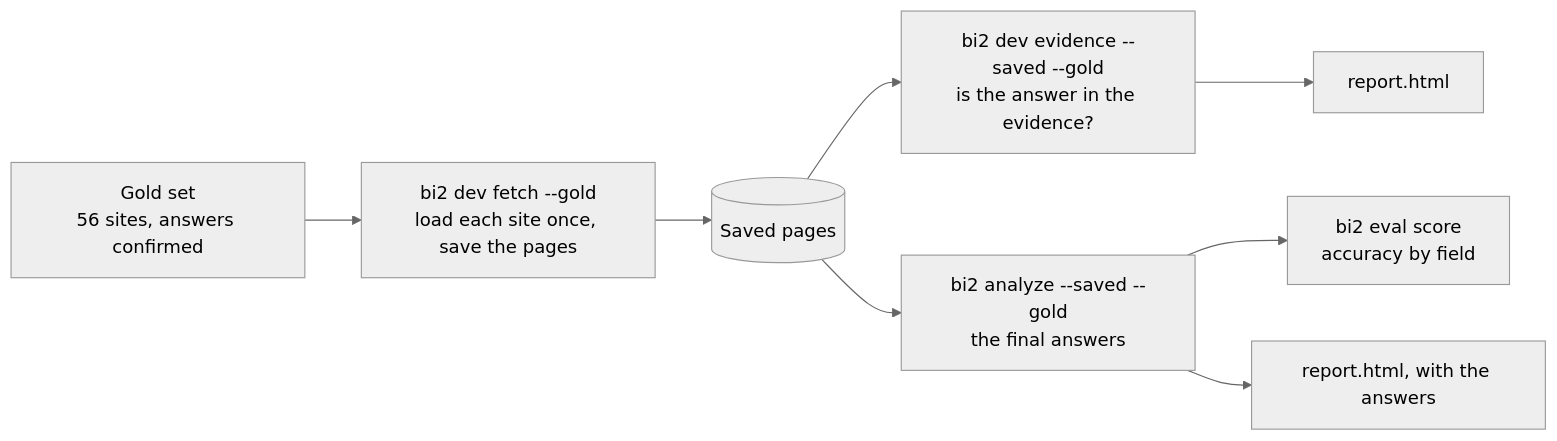
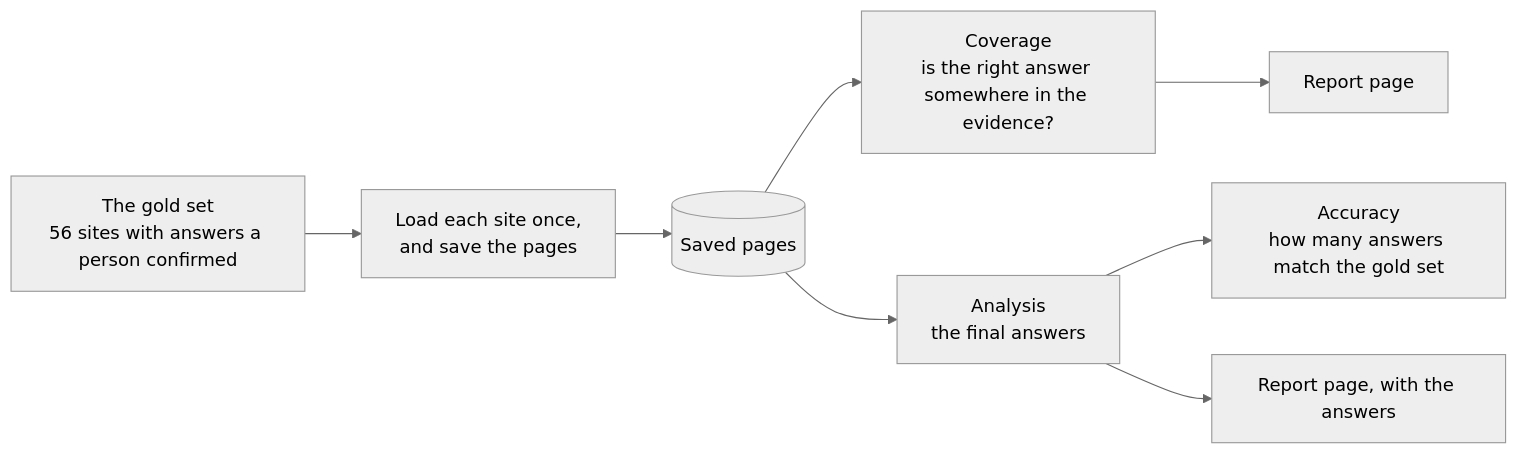
One commit to haneeshraj/business-insights-v2 changed the tenth of 10 diagrams in docs/reviews/2026-10-12.md. Above: the diagram before and after it, drawn with Mermaid (neutral theme). The commit also changed other lines of this file, not shown here.

Commit message:
docs: how answers are judged, and plainer diagrams in the progress review

````diff
--- a/docs/reviews/2026-10-12.md
+++ b/docs/reviews/2026-10-12.md
@@ -355,10 +386,10 @@
 ```mermaid
 flowchart LR
-  G["Gold set<br/>56 sites, answers confirmed"] --> F["bi2 dev fetch --gold<br/>load each site once, save the pages"]
+  G["The gold set<br/>56 sites with answers a person confirmed"] --> F["Load each site once,<br/>and save the pages"]
   F --> P[("Saved pages")]
-  P --> E["bi2 dev evidence --saved --gold<br/>is the answer in the evidence?"]
-  P --> A["bi2 analyze --saved --gold<br/>the final answers"]
-  A --> S["bi2 eval score<br/>accuracy by field"]
-  E --> R1["report.html"]
-  A --> R2["report.html, with the answers"]
+  P --> E["Coverage<br/>is the right answer somewhere in the evidence?"]
+  P --> A["Analysis<br/>the final answers"]
+  A --> S["Accuracy<br/>how many answers match the gold set"]
+  E --> R1["Report page"]
+  A --> R2["Report page, with the answers"]
 ```
````
